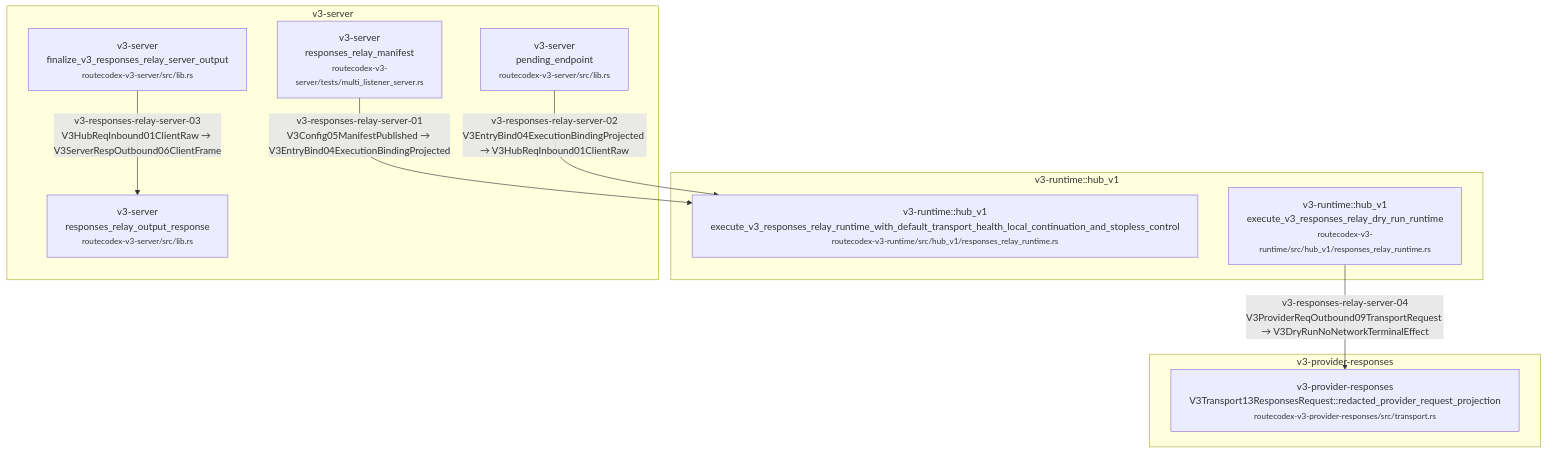
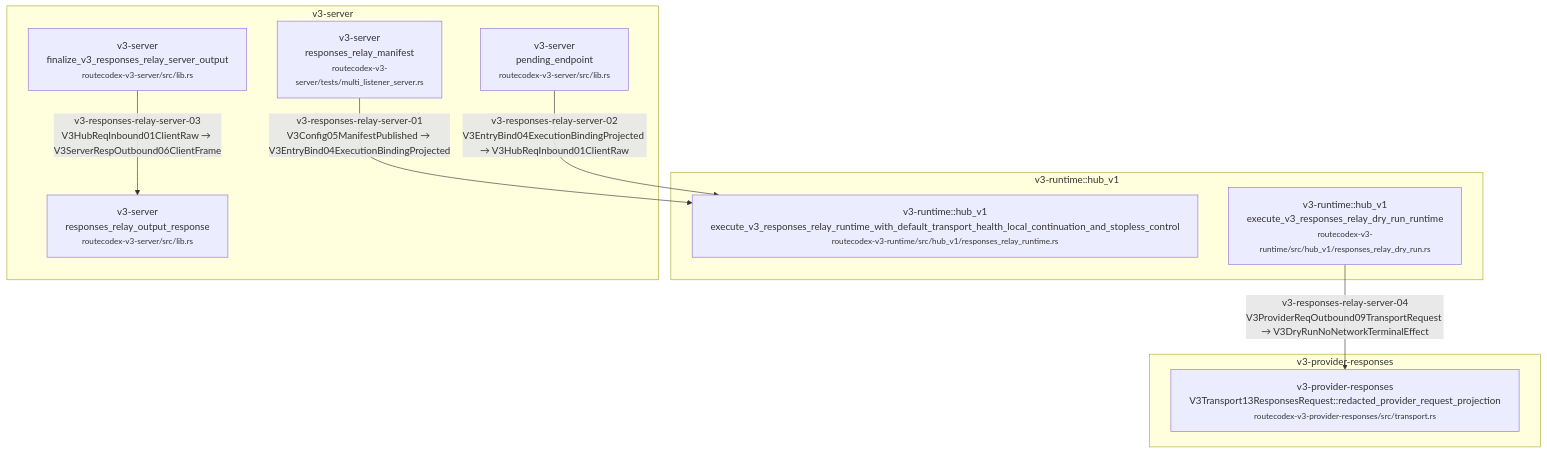
Before and after one commit to Jasonzhangf/routecodex: diagram 37 of 58 in docs/architecture/wiki/v3-mainline-caller-flow.md, drawn with Mermaid. The commit also changed other lines of this file and 6 other files, not shown here.

````diff
--- a/docs/architecture/wiki/v3-mainline-caller-flow.md
+++ b/docs/architecture/wiki/v3-mainline-caller-flow.md
@@ -1520,20 +1520,20 @@
 ```mermaid
 flowchart TD
   subgraph c_35_v3_responses_relay_source_server_entry_m_v3_provider_responses["v3-provider-responses"]
     c_35_v3_responses_relay_source_server_entry_6["v3-provider-responses<br/>V3Transport13ResponsesRequest::redacted_provider_request_projection<br/><small>routecodex-v3-provider-responses/src/transport.rs</small>"]
   end
   subgraph c_35_v3_responses_relay_source_server_entry_m_v3_runtime__hub_v1["v3-runtime::hub_v1"]
     c_35_v3_responses_relay_source_server_entry_1["v3-runtime::hub_v1<br/>execute_v3_responses_relay_runtime_with_default_transport_health_local_continuation_and_stopless_control<br/><small>routecodex-v3-runtime/src/hub_v1/responses_relay_runtime.rs</small>"]
-    c_35_v3_responses_relay_source_server_entry_5["v3-runtime::hub_v1<br/>execute_v3_responses_relay_dry_run_runtime<br/><small>routecodex-v3-runtime/src/hub_v1/responses_relay_runtime.rs</small>"]
+    c_35_v3_responses_relay_source_server_entry_5["v3-runtime::hub_v1<br/>execute_v3_responses_relay_dry_run_runtime<br/><small>routecodex-v3-runtime/src/hub_v1/responses_relay_dry_run.rs</small>"]
   end
   subgraph c_35_v3_responses_relay_source_server_entry_m_v3_server["v3-server"]
     c_35_v3_responses_relay_source_server_entry_0["v3-server<br/>responses_relay_manifest<br/><small>routecodex-v3-server/tests/multi_listener_server.rs</small>"]
     c_35_v3_responses_relay_source_server_entry_2["v3-server<br/>pending_endpoint<br/><small>routecodex-v3-server/src/lib.rs</small>"]
     c_35_v3_responses_relay_source_server_entry_3["v3-server<br/>finalize_v3_responses_relay_server_output<br/><small>routecodex-v3-server/src/lib.rs</small>"]
     c_35_v3_responses_relay_source_server_entry_4["v3-server<br/>responses_relay_output_response<br/><small>routecodex-v3-server/src/lib.rs</small>"]
   end
   c_35_v3_responses_relay_source_server_entry_0 -->|v3-responses-relay-server-01<br/>V3Config05ManifestPublished → V3EntryBind04ExecutionBindingProjected| c_35_v3_responses_relay_source_server_entry_1
   c_35_v3_responses_relay_source_server_entry_2 -->|v3-responses-relay-server-02<br/>V3EntryBind04ExecutionBindingProjected → V3HubReqInbound01ClientRaw| c_35_v3_responses_relay_source_server_entry_1
   c_35_v3_responses_relay_source_server_entry_3 -->|v3-responses-relay-server-03<br/>V3HubReqInbound01ClientRaw → V3ServerRespOutbound06ClientFrame| c_35_v3_responses_relay_source_server_entry_4
   c_35_v3_responses_relay_source_server_entry_5 -->|v3-responses-relay-server-04<br/>V3ProviderReqOutbound09TransportRequest → V3DryRunNoNetworkTerminalEffect| c_35_v3_responses_relay_source_server_entry_6
 ```
````
